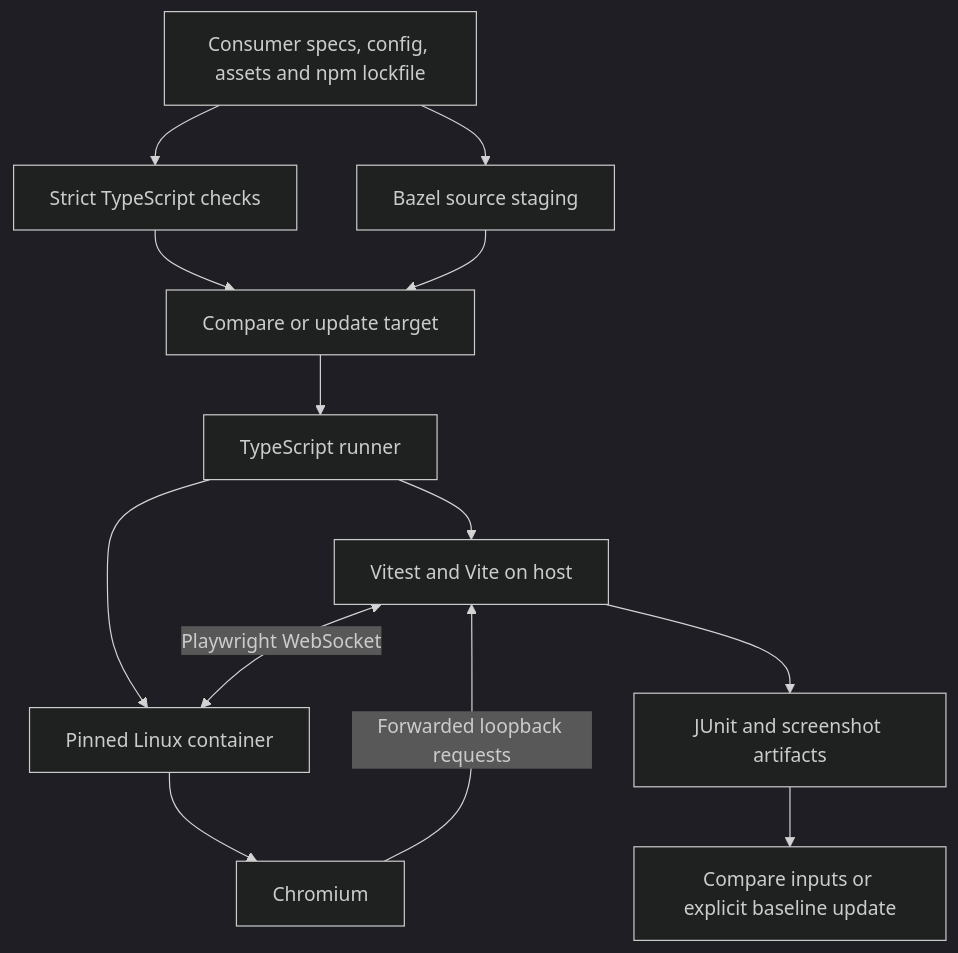
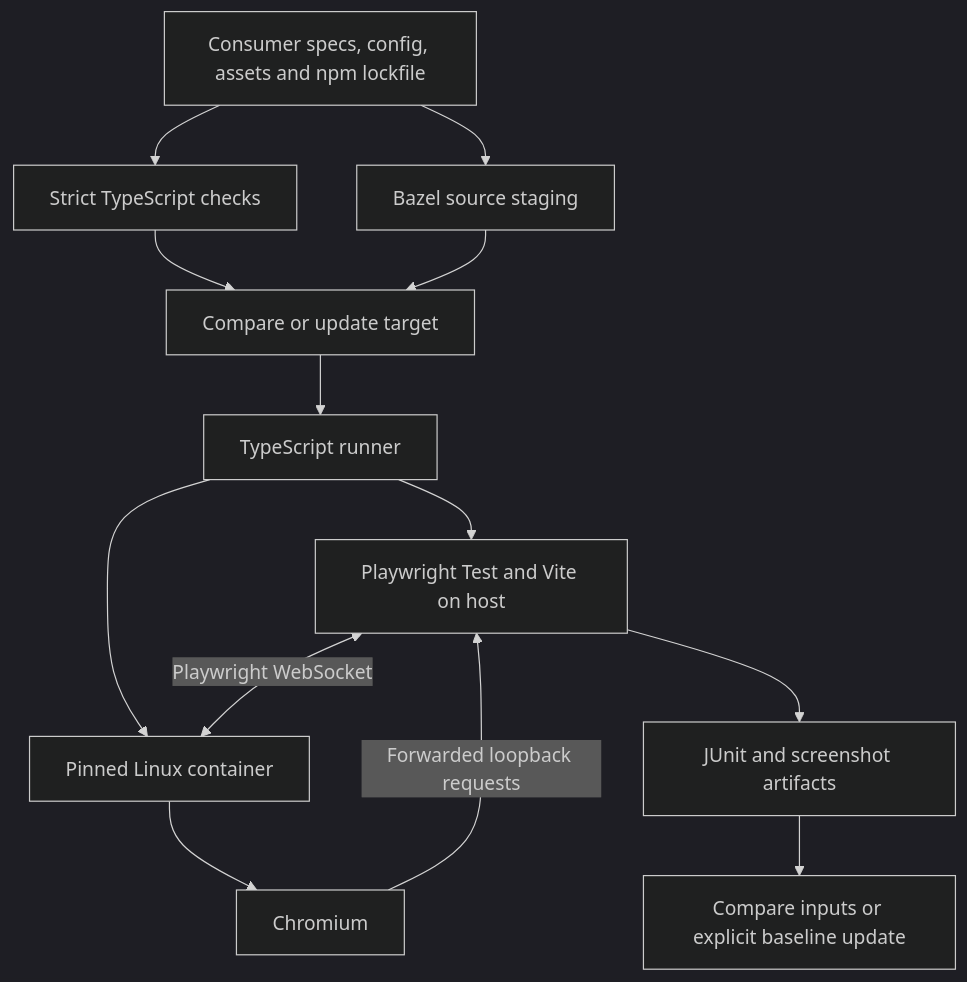
One commit to perplexityai/rules_web_e2e changed the diagram in docs/architecture.md. Above: the diagram before and after it, drawn with Mermaid (dark theme). The commit also changed other lines of this file and 23 other files, not shown here.

Commit message:
refactor: replace Vitest with Playwright Test for VRT

````diff
--- a/docs/architecture.md
+++ b/docs/architecture.md
@@ -24,15 +24,15 @@
 ```mermaid
 flowchart TD
   Inputs[Consumer specs, config, assets and npm lockfile] --> Bazel[Bazel source staging]
   Inputs --> Types[Strict TypeScript checks]
   Types --> Test[Compare or update target]
   Bazel --> Test
   Test --> Runner[TypeScript runner]
-  Runner --> Host[Vitest and Vite on host]
+  Runner --> Host[Playwright Test and Vite on host]
   Runner --> Container[Pinned Linux container]
   Host <-->|Playwright WebSocket| Container
   Container --> Browser[Chromium]
   Browser -->|Forwarded loopback requests| Host
   Host --> Results[JUnit and screenshot artifacts]
   Results --> Baselines[Compare inputs or explicit baseline update]
 ```
````
